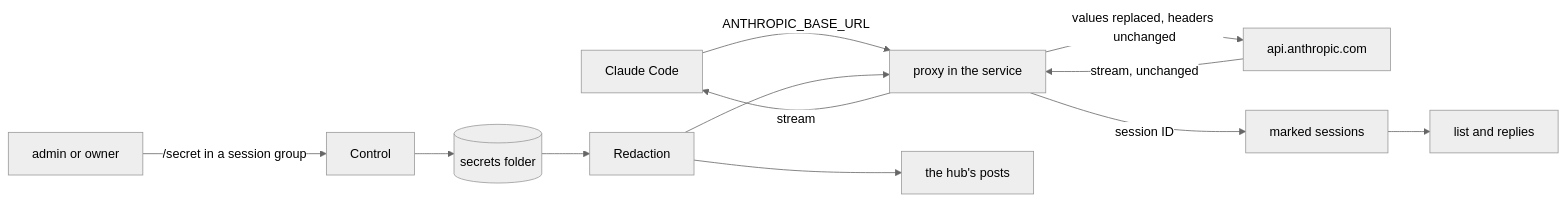
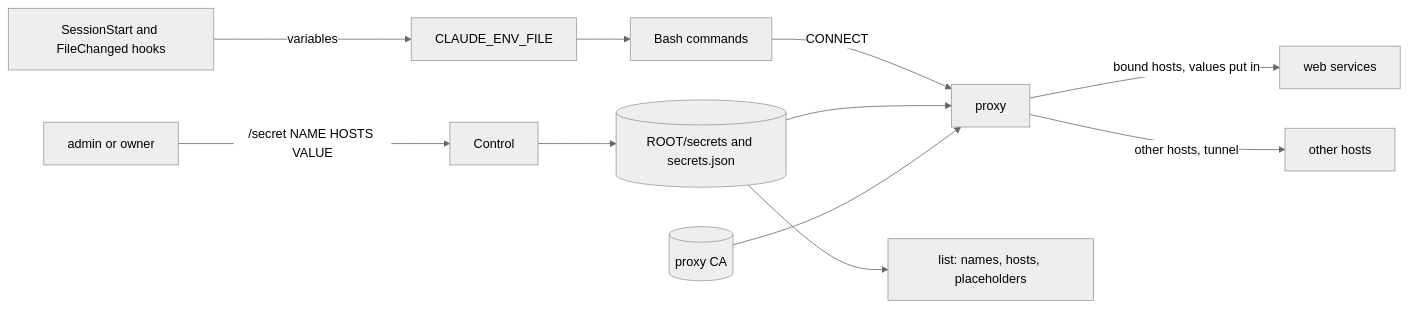
One commit to evgeny-simplex/simplex-chat changed the fourth of 4 diagrams in plans/2026-11-13-mcp-secrets.md. Above: the diagram before and after it, drawn with Mermaid (neutral theme). The commit also changed other lines of this file, not shown here.

Commit message:
plan: mcp-secrets, secrets bound to hosts, put in by the plugin's proxy

````diff
--- a/plans/2026-11-13-mcp-secrets.md
+++ b/plans/2026-11-13-mcp-secrets.md
@@ -326,14 +293,13 @@
 ```mermaid
 flowchart LR
-  CC[Claude Code] -->|ANTHROPIC_BASE_URL| PX[proxy in the service]
-  PX -->|values replaced, headers unchanged| AN[api.anthropic.com]
-  AN -->|stream, unchanged| PX
-  PX -->|stream| CC
-  OW[admin or owner] -->|/secret in a session group| CT[Control]
-  CT --> FO[(secrets folder)]
-  FO --> RD[Redaction]
-  RD --> PX
-  RD --> HP[the hub's posts]
-  PX -->|session ID| MK[marked sessions]
-  MK --> LS[list and replies]
+  AD[admin or owner] -->|/secret NAME HOSTS VALUE| CT[Control]
+  CT --> ST[(ROOT/secrets and secrets.json)]
+  HK[SessionStart and FileChanged hooks] -->|variables| EF[CLAUDE_ENV_FILE]
+  EF --> BC[Bash commands]
+  BC -->|CONNECT| PX[proxy]
+  ST --> PX
+  CA[(proxy CA)] --> PX
+  PX -->|bound hosts, values put in| WS[web services]
+  PX -->|other hosts, tunnel| OT[other hosts]
+  ST --> LS[list: names, hosts, placeholders]
 ```
````
